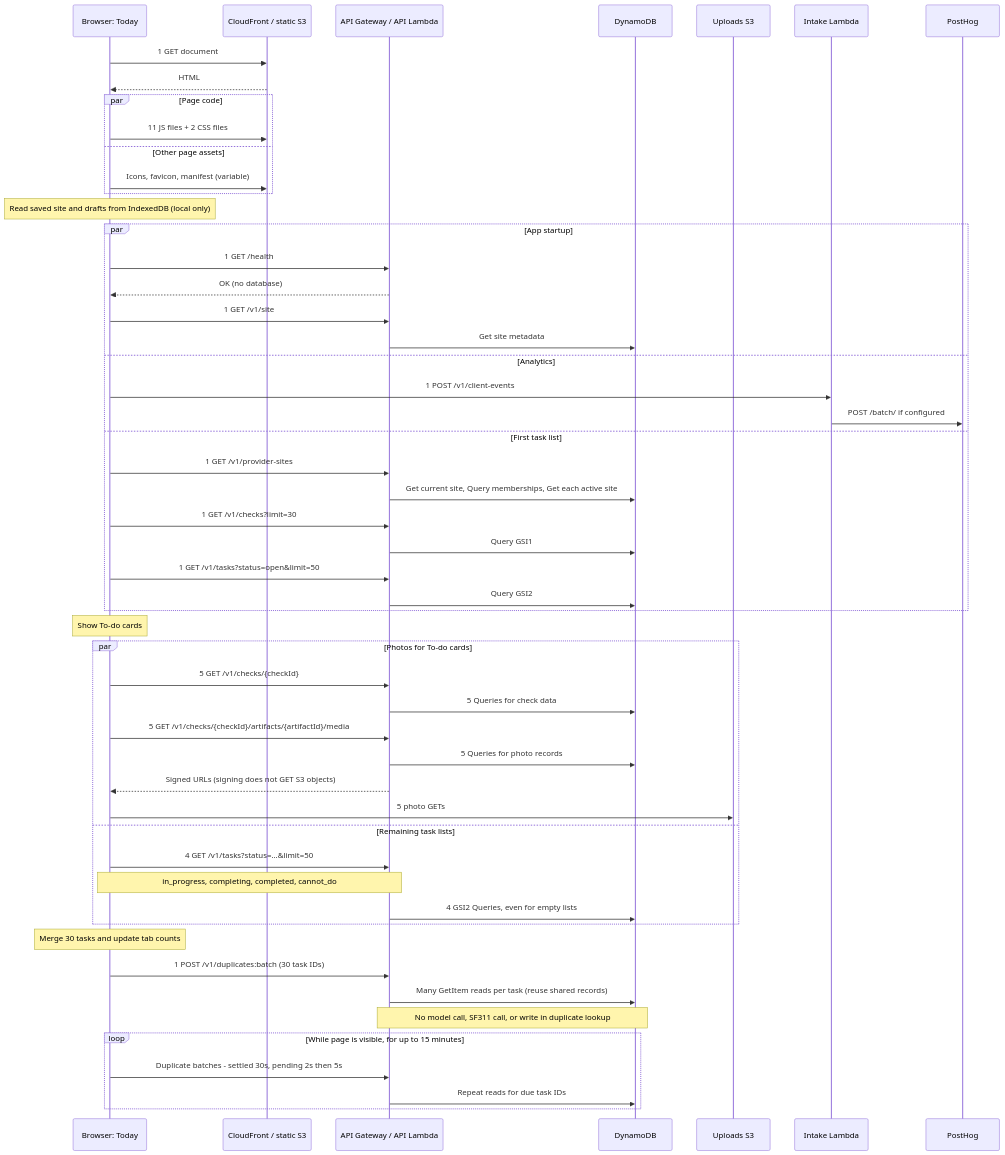
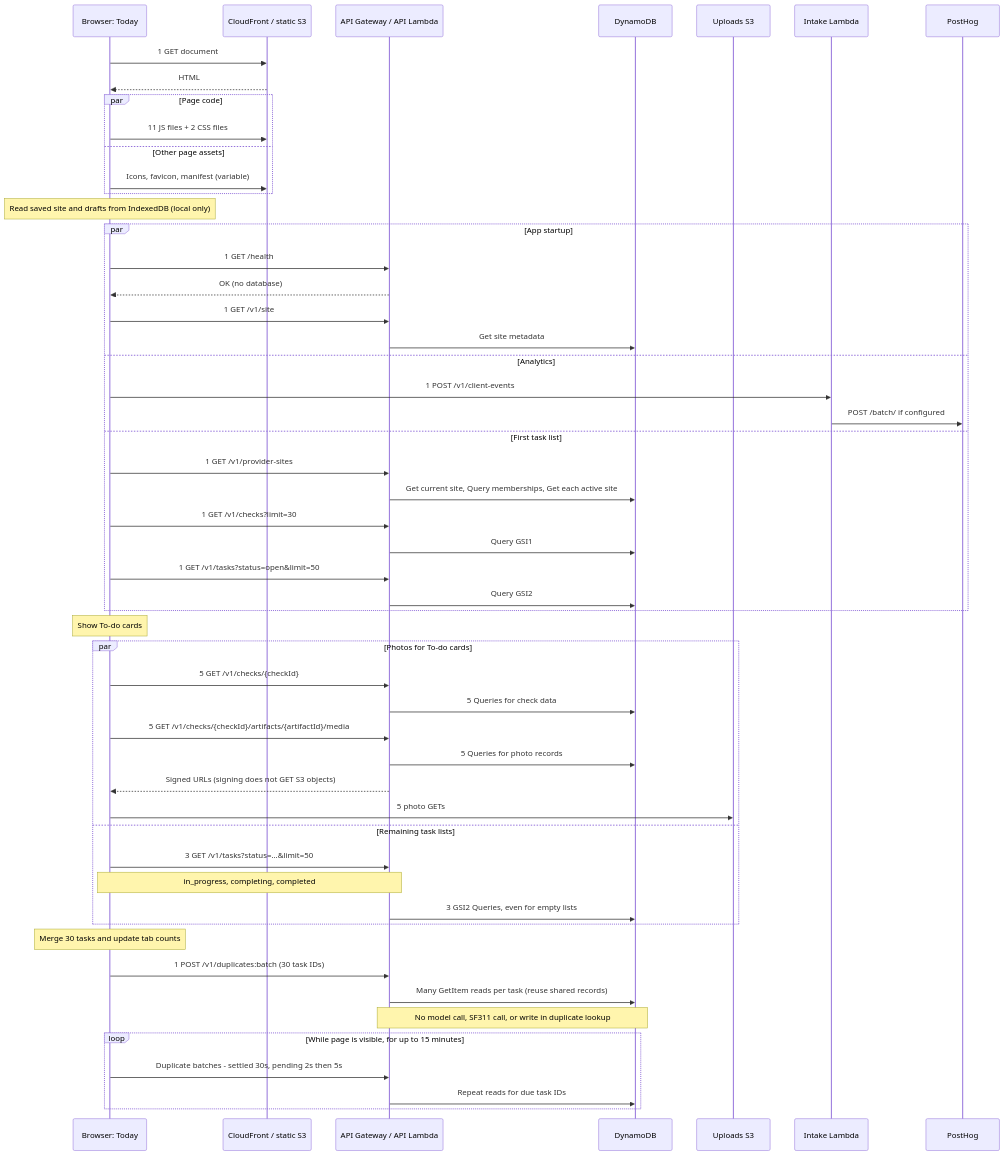
One commit to Mayor-s-Office-of-Innovation/good-neighbor-app changed the diagram in docs/today-load-requests.md. Above: the diagram before and after it, drawn with Mermaid. The commit also changed other lines of this file and 42 other files, not shown here.

Commit message:
Removed old legacy cant do flows and code

````diff
--- a/docs/today-load-requests.md
+++ b/docs/today-load-requests.md
@@ -63,56 +63,56 @@
 ```mermaid
 sequenceDiagram
     participant B as Browser: Today
     participant C as CloudFront / static S3
     participant A as API Gateway / API Lambda
     participant D as DynamoDB
     participant S as Uploads S3
     participant I as Intake Lambda
     participant P as PostHog
 
     B->>C: 1 GET document
     C-->>B: HTML
     par Page code
         B->>C: 11 JS files + 2 CSS files
     and Other page assets
         B->>C: Icons, favicon, manifest (variable)
     end
     Note over B: Read saved site and drafts from IndexedDB (local only)
     par App startup
         B->>A: 1 GET /health
         A-->>B: OK (no database)
         B->>A: 1 GET /v1/site
         A->>D: Get site metadata
     and Analytics
         B->>I: 1 POST /v1/client-events
         I->>P: POST /batch/ if configured
     and First task list
         B->>A: 1 GET /v1/provider-sites
         A->>D: Get current site, Query memberships, Get each active site
         B->>A: 1 GET /v1/checks?limit=30
         A->>D: Query GSI1
         B->>A: 1 GET /v1/tasks?status=open&limit=50
         A->>D: Query GSI2
     end
     Note over B: Show To-do cards
     par Photos for To-do cards
         B->>A: 5 GET /v1/checks/{checkId}
         A->>D: 5 Queries for check data
         B->>A: 5 GET /v1/checks/{checkId}/artifacts/{artifactId}/media
         A->>D: 5 Queries for photo records
         A-->>B: Signed URLs (signing does not GET S3 objects)
         B->>S: 5 photo GETs
     and Remaining task lists
-        B->>A: 4 GET /v1/tasks?status=...&limit=50
-        Note over B,A: in_progress, completing, completed, cannot_do
-        A->>D: 4 GSI2 Queries, even for empty lists
+        B->>A: 3 GET /v1/tasks?status=...&limit=50
+        Note over B,A: in_progress, completing, completed
+        A->>D: 3 GSI2 Queries, even for empty lists
     end
     Note over B: Merge 30 tasks and update tab counts
     B->>A: 1 POST /v1/duplicates:batch (30 task IDs)
     A->>D: Many GetItem reads per task (reuse shared records)
     Note over A,D: No model call, SF311 call, or write in duplicate lookup
     loop While page is visible, for up to 15 minutes
         B->>A: Duplicate batches - settled 30s, pending 2s then 5s
         A->>D: Repeat reads for due task IDs
     end
 ```
````
